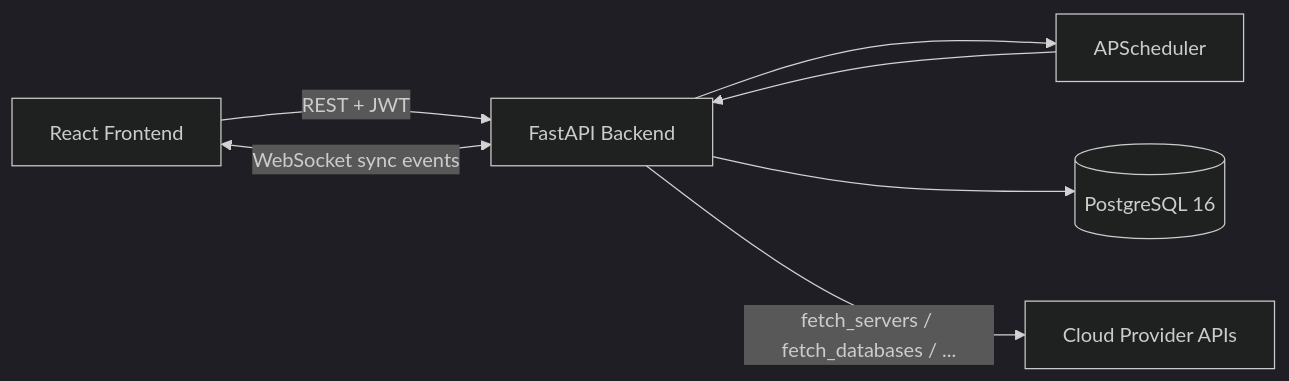
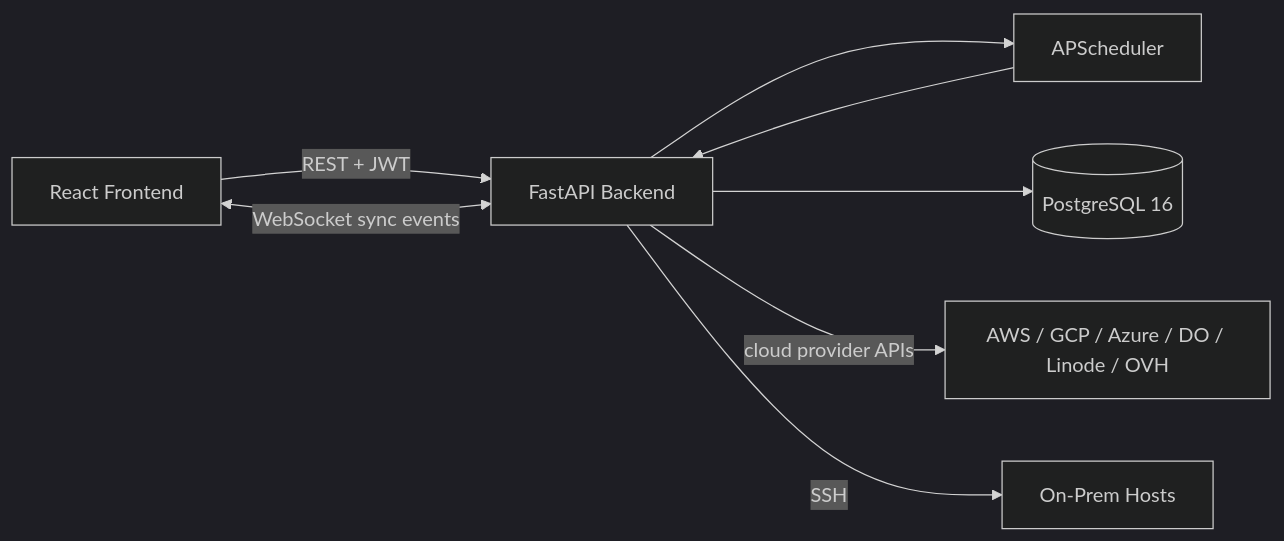
One commit to rushikeshsakharleofficial/server-inventory changed the diagram in README.md. Above: the diagram before and after it, drawn with Mermaid (dark theme). The commit also changed other lines of this file and 3 other files, not shown here.

````diff
--- a/README.md
+++ b/README.md
@@ -351,9 +300,10 @@
 ```mermaid
 graph LR
     Browser[React Frontend] -- REST + JWT --> API[FastAPI Backend]
     Browser <-- WebSocket sync events --> API
     API --> Scheduler[APScheduler]
     API --> DB[(PostgreSQL 16)]
     Scheduler --> API
-    API -- fetch_servers / fetch_databases / ... --> Cloud[Cloud Provider APIs]
+    API -- cloud provider APIs --> Cloud[AWS / GCP / Azure / DO / Linode / OVH]
+    API -- SSH --> OnPrem[On-Prem Hosts]
 ```
````
